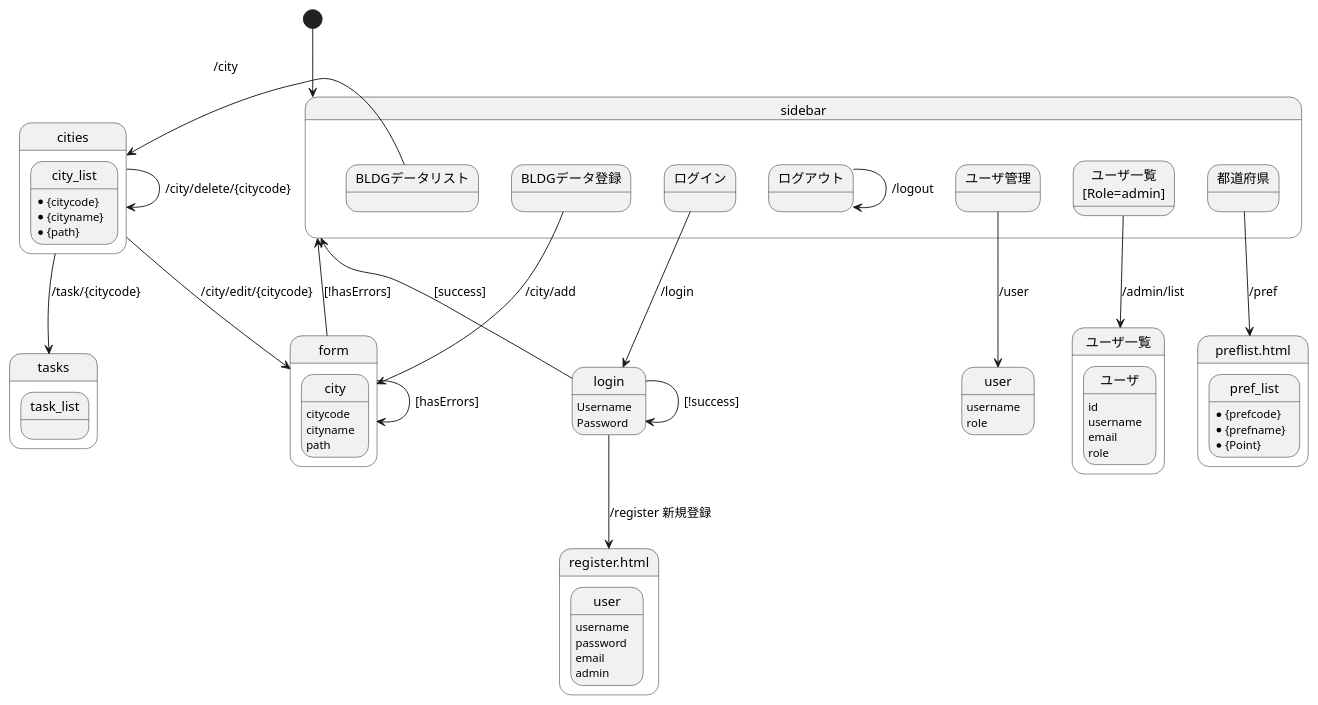
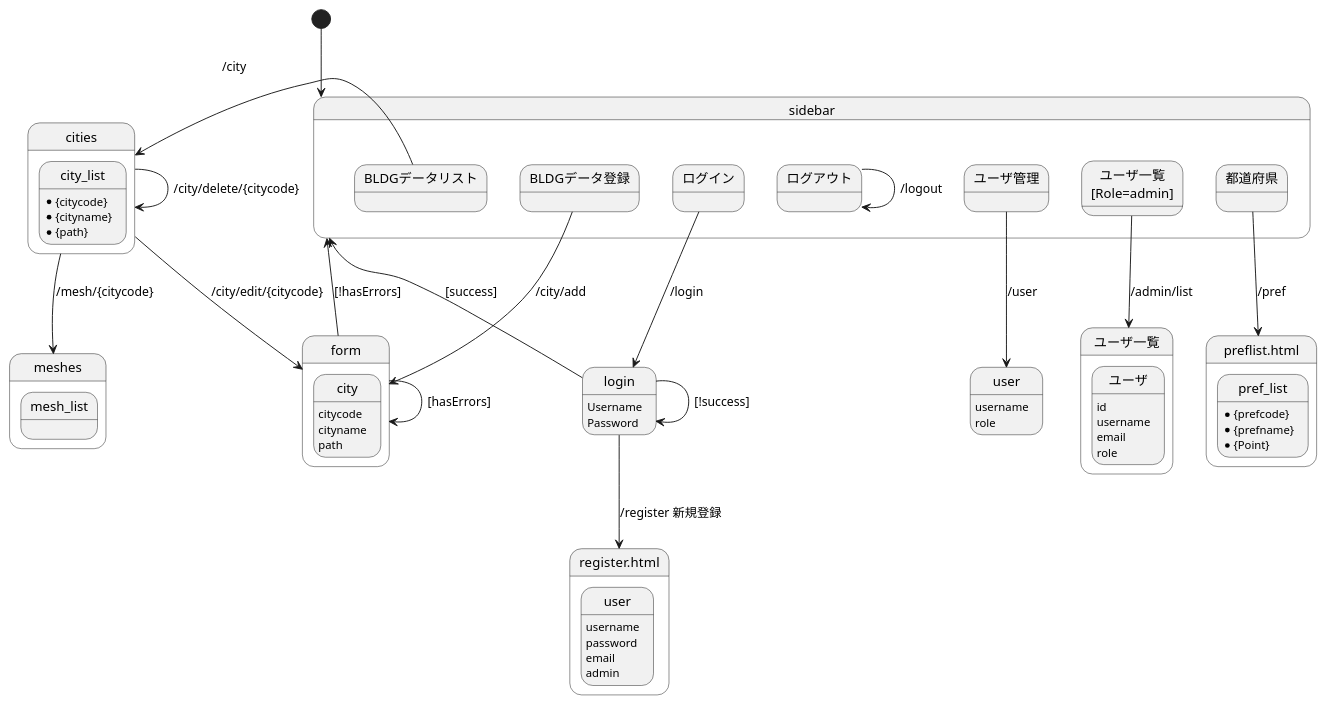
One commit to yuuhayashi/task-bldg changed the diagram in controller.pu. Above: the diagram before and after it, drawn with PlantUML. The commit also changed 13 other files, not shown here.

```diff
--- a/controller.pu
+++ b/controller.pu
@@ -1,88 +1,88 @@
 @startuml
 
 [*] --> sidebar
 
 state sidebar {
 	state "ユーザ管理" as users
 	state "ユーザ一覧\n[Role=admin]" as list_
 	state "ログイン" as login_
 	state "ログアウト" as logout
 	state "BLDGデータリスト" as indeies
 	state "BLDGデータ登録" as add
 	state "都道府県" as pref
 	logout --> logout : /logout
 }
 indeies --> cities : /city
 
 state "login" as login {
 	login : Username
 	login : Password
 }
 
 state "register.html" as register {
 	state "user" as register_user {
 		register_user : username
 		register_user : password
 		register_user : email
 		register_user : admin
 	}
 }
 
 login_ --> login : /login
 login --> login : [!success]
 sidebar <-- login : [success]
 login --> register : /register 新規登録
 
 state user {
 	user : username
 	user : role
 }
 users --> user : /user
 
 state "ユーザ一覧" as list {
 	state ユーザ {
 		ユーザ : id
 		ユーザ : username
 		ユーザ : email
 		ユーザ : role
 	}
 }
 list_ --> list : /admin/list
 
 state cities {
 	state city_list {
 		city_list : *{citycode}
 		city_list : *{cityname}
 		city_list : *{path}
 	}
 }
 cities --> cities : /city/delete/{citycode}
 cities --> form : /city/edit/{citycode}
-cities --> tasks : /task/{citycode}
+cities --> meshes : /mesh/{citycode}
 
-state tasks {
-	state task_list
+state meshes {
+	state mesh_list
 }
 
 state form {
 	state city {
 		city : citycode
 		city : cityname
 		city : path
 	}
 }
 
 state "preflist.html" as preflist {
 	state pref_list {
 		pref_list : *{prefcode}
 		pref_list : *{prefname}
 		pref_list : *{Point}
 	}
 }
 pref --> preflist : /pref
 
 add --> form : /city/add
 form --> sidebar : [!hasErrors]
 form --> form : [hasErrors]
 
 @enduml
```
